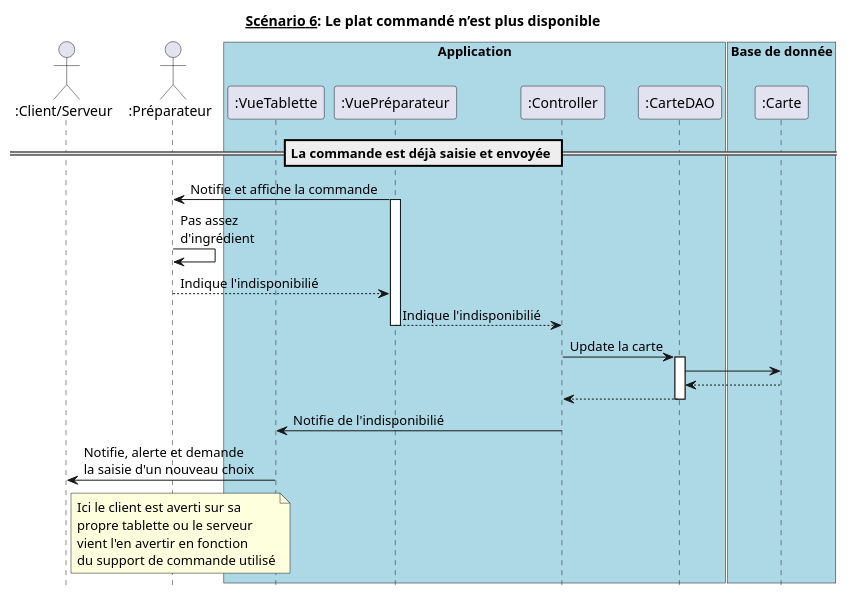
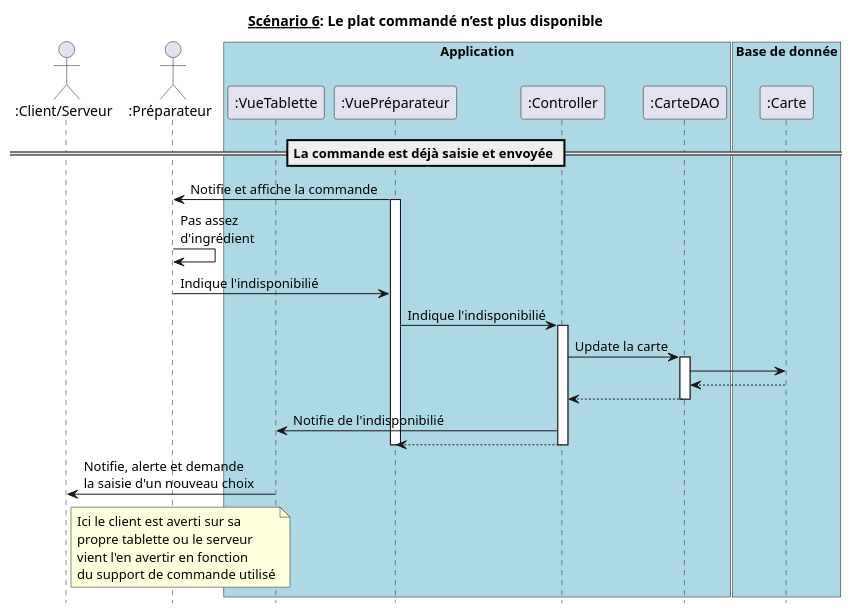
The diagram in diagrammes_sequences_detailles/dss6.md (hulskenA/GL-Les_seigneurs_du_resto), drawn with PlantUML before and after one commit. The commit also changed 15 other files, not shown here.

````diff
--- a/diagrammes_sequences_detailles/dss6.md
+++ b/diagrammes_sequences_detailles/dss6.md
@@ -1,49 +1,51 @@
 ```puml
 @startuml
 hide footbox
 title __Scénario 6__: Le plat commandé n’est plus disponible
 
 actor ":Client/Serveur" as Tablette order 10
 actor ":Préparateur" as Préparateur order 20
 
 box "Application" #Lightblue
   participant ":VueTablette" as VueTablette order 30
   participant ":VuePréparateur" as VuePréparateur order 40
   participant ":Controller" as Controller order 50
   participant ":CarteDAO" as CarteDAO order 60
 endbox
 
 box "Base de donnée" #Lightblue
   participant ":Carte" as Carte order 70
 endbox
 
 == La commande est déjà saisie et envoyée ==
 
 VuePréparateur -> Préparateur : Notifie et affiche la commande
 activate VuePréparateur
   Préparateur -> Préparateur : Pas assez\nd'ingrédient
-  Préparateur --> VuePréparateur : Indique l'indisponibilié
-  VuePréparateur --> Controller : Indique l'indisponibilié
-deactivate VuePréparateur
-
+  Préparateur -> VuePréparateur : Indique l'indisponibilié
+  VuePréparateur -> Controller : Indique l'indisponibilié
+activate Controller
 
 Controller -> CarteDAO : Update la carte
 activate CarteDAO
 CarteDAO -> Carte
 CarteDAO <-- Carte
 Controller <-- CarteDAO
 deactivate CarteDAO
 
 Controller -> VueTablette : Notifie de l'indisponibilié
+Controller --> VuePréparateur
+deactivate VuePréparateur
+deactivate Controller
 
 Tablette <- VueTablette : Notifie, alerte et demande\nla saisie d'un nouveau choix
 
 note right Tablette
   Ici le client est averti sur sa
   propre tablette ou le serveur
   vient l'en avertir en fonction
   du support de commande utilisé
 end note
 
 @enduml
 ```
````
